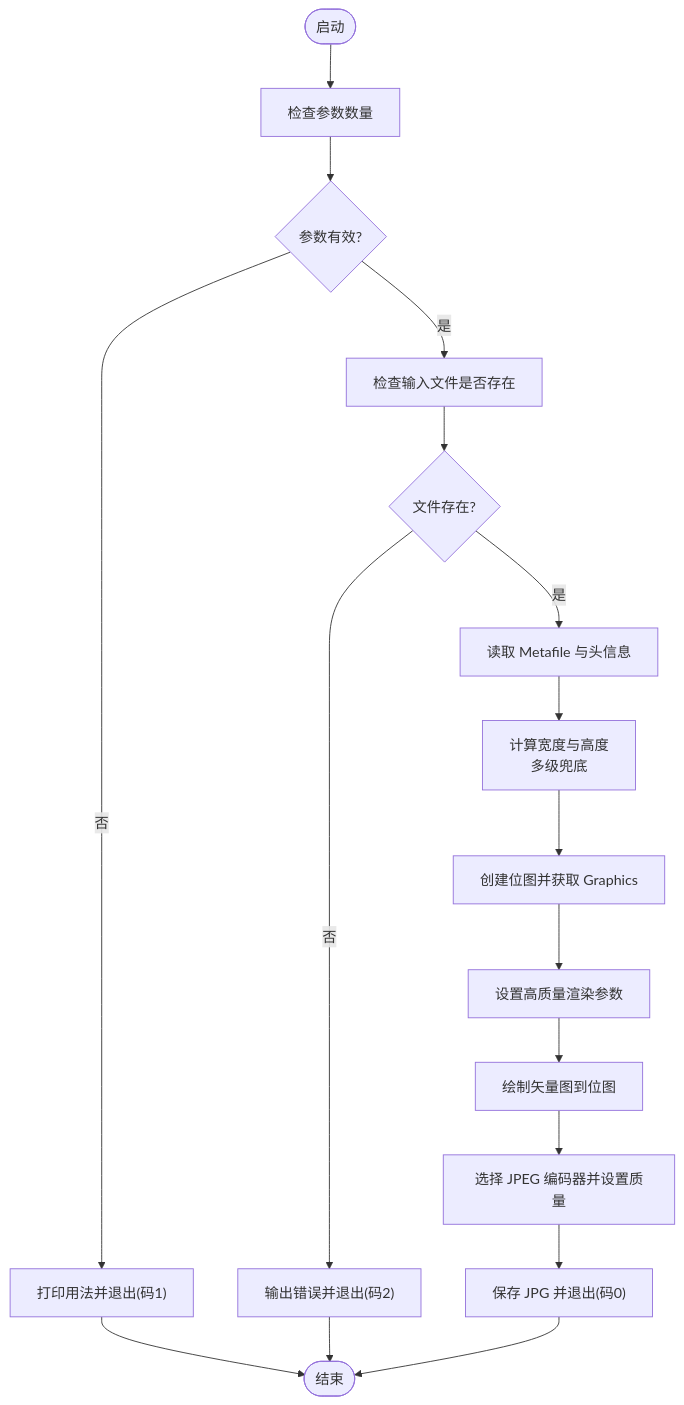
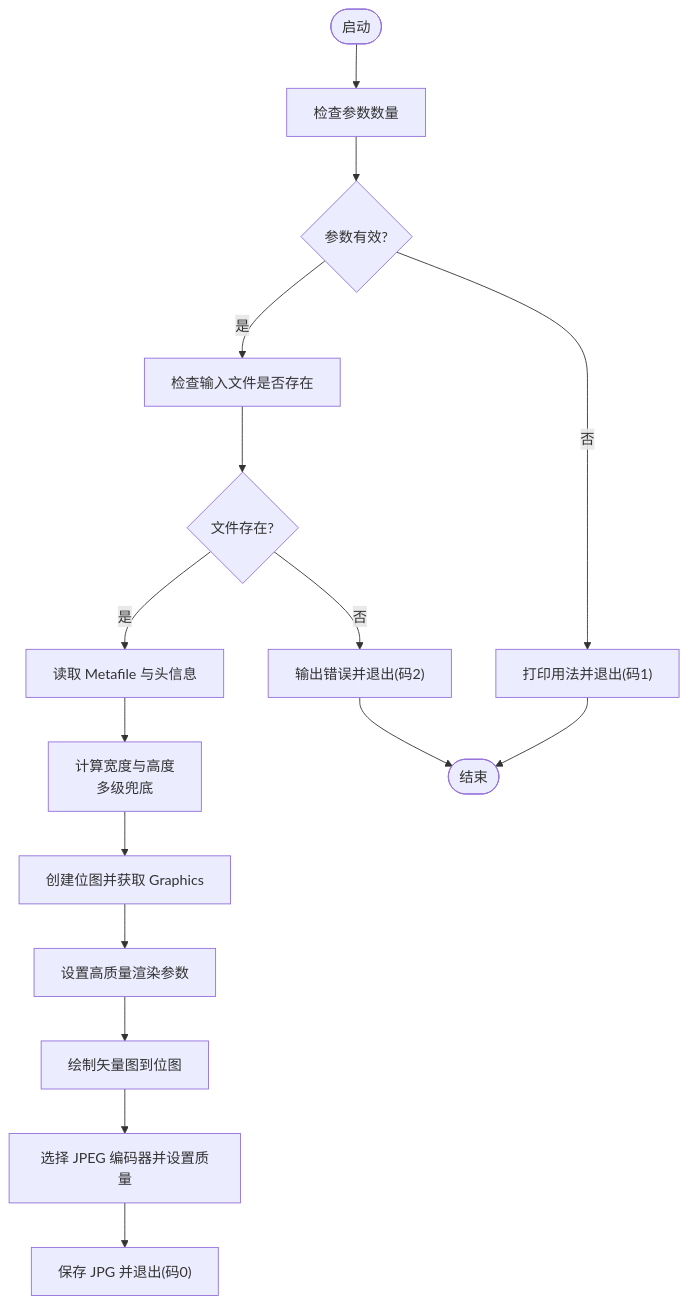
Before and after one commit to hllshiro/doc2md-cli: the third of 7 diagrams in .qoder/repowiki/zh/content/矢量媒体处理.md, drawn with Mermaid. The commit also changed other lines of this file and 5 other files, not shown here.

````diff
--- a/.qoder/repowiki/zh/content/矢量媒体处理.md
+++ b/.qoder/repowiki/zh/content/矢量媒体处理.md
@@ -172,19 +187,18 @@
 ```mermaid
 flowchart TD
 START(["启动"]) --> CHECK["检查参数数量"]
 CHECK --> ARGSOK{"参数有效?"}
 ARGSOK --> |否| USAGE["打印用法并退出(码1)"]
 ARGSOK --> |是| EXISTS["检查输入文件是否存在"]
 EXISTS --> FILEOK{"文件存在?"}
 FILEOK --> |否| ERRFILE["输出错误并退出(码2)"]
 FILEOK --> |是| READMETA["读取 Metafile 与头信息"]
 READMETA --> SIZE["计算宽度与高度<br/>多级兜底"]
 SIZE --> CREATE["创建位图并获取 Graphics"]
 CREATE --> QUALITY["设置高质量渲染参数"]
 QUALITY --> DRAW["绘制矢量图到位图"]
 DRAW --> SAVE["选择 JPEG 编码器并设置质量"]
 SAVE --> DONE["保存 JPG 并退出(码0)"]
 ERRFILE --> END(["结束"])
 USAGE --> END
-DONE --> END
 ```
````
